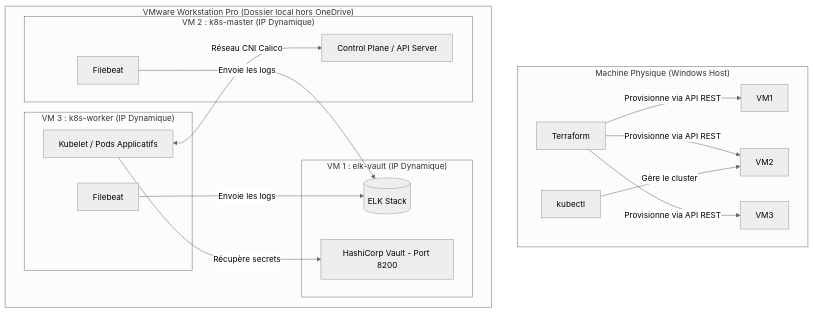
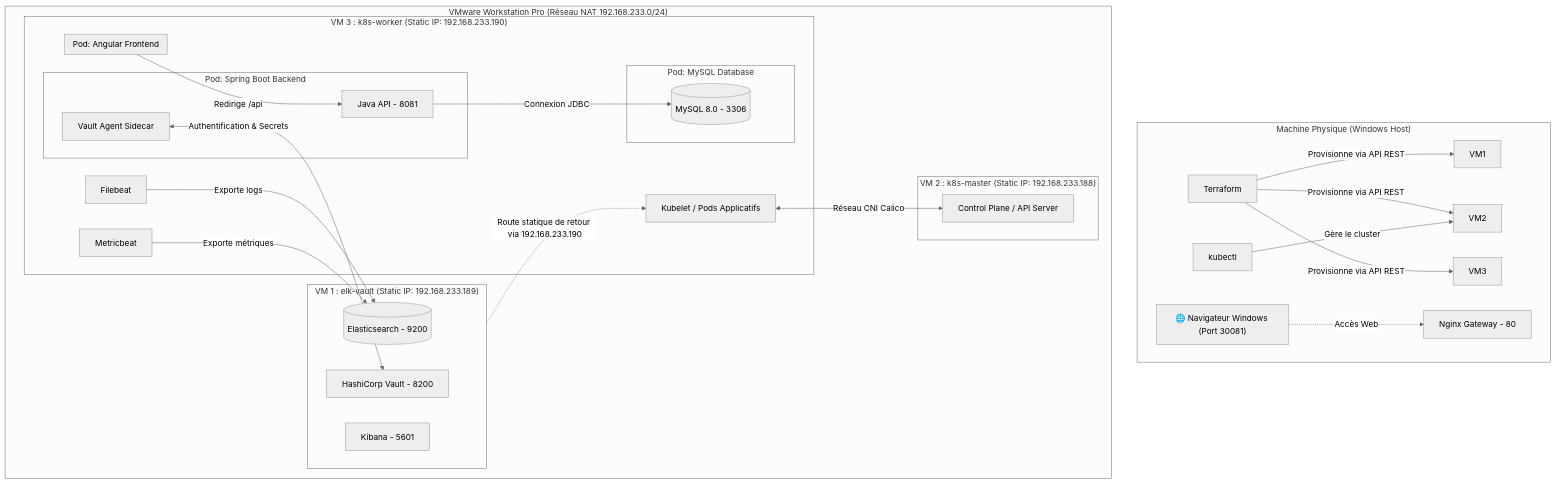
The diagram in documentation_projet.md (farahbenchikha/kubernetes-enterprise-platform), drawn with Mermaid (neutral theme) before and after one commit. The commit also changed other lines of this file and 1 other file, not shown here.

````diff
--- a/documentation_projet.md
+++ b/documentation_projet.md
@@ -11,29 +11,48 @@
 ```mermaid
 graph TD
     subgraph Host ["Machine Physique (Windows Host)"]
         TF[Terraform] -->|Provisionne via API REST| VM1
         TF -->|Provisionne via API REST| VM2
         TF -->|Provisionne via API REST| VM3
         KC[kubectl] -->|Gère le cluster| VM2
+        Browser["🌐 Navigateur Windows (Port 30081)"] -.->|Accès Web| Nginx
     end
 
-    subgraph VMware ["VMware Workstation Pro (Dossier local hors OneDrive)"]
-        subgraph VM_ELK ["VM 1 : elk-vault (IP Dynamique)"]
-            ELK[(ELK Stack)]
-            Vault[HashiCorp Vault - Port 8200]
+    subgraph VMware ["VMware Workstation Pro (Réseau NAT 192.168.233.0/24)"]
+        subgraph VM_ELK ["VM 1 : elk-vault (Static IP: 192.168.233.189)"]
+            ES[(Elasticsearch - 9200)]
+            Kibana[Kibana - 5601]
+            Vault[HashiCorp Vault - 8200]
         end
 
-        subgraph VM_Master ["VM 2 : k8s-master (IP Dynamique)"]
+        subgraph VM_Master ["VM 2 : k8s-master (Static IP: 192.168.233.188)"]
             K8s_M[Control Plane / API Server]
-            FB1[Filebeat] -->|Envoie les logs| ELK
         end
 
-        subgraph VM_Worker ["VM 3 : k8s-worker (IP Dynamique)"]
+        subgraph VM_Worker ["VM 3 : k8s-worker (Static IP: 192.168.233.190)"]
             K8s_W[Kubelet / Pods Applicatifs]
-            FB2[Filebeat] -->|Envoie les logs| ELK
+            
+            subgraph Pod_Front ["Pod: Angular Frontend"]
+                Nginx[Nginx Gateway - 80]
+            end
+            
+            subgraph Pod_Back ["Pod: Spring Boot Backend"]
+                Java[Java API - 8081]
+                VA[Vault Agent Sidecar]
+            end
+            
+            subgraph Pod_DB ["Pod: MySQL Database"]
+                MySQL[(MySQL 8.0 - 3306)]
+            end
+            
+            FB[Filebeat] -->|Exporte logs| ES
+            MB[Metricbeat] -->|Exporte métriques| ES
         end
     end
 
+    Pod_Front -->|Redirige /api| Java
+    Java -->|Connexion JDBC| MySQL
+    VA <-->|Authentification & Secrets| Vault
     K8s_W <-->|Réseau CNI Calico| K8s_M
-    K8s_W -->|Récupère secrets| Vault
+    VM_ELK -.->|Route statique de retour via 192.168.233.190| K8s_W
 ```
````
